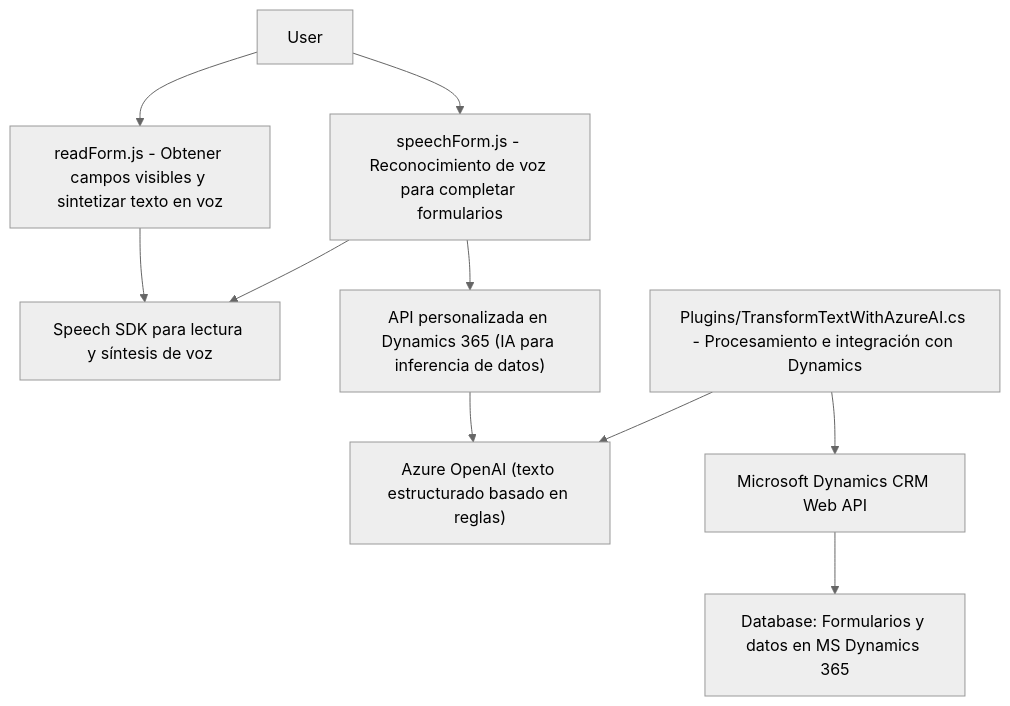
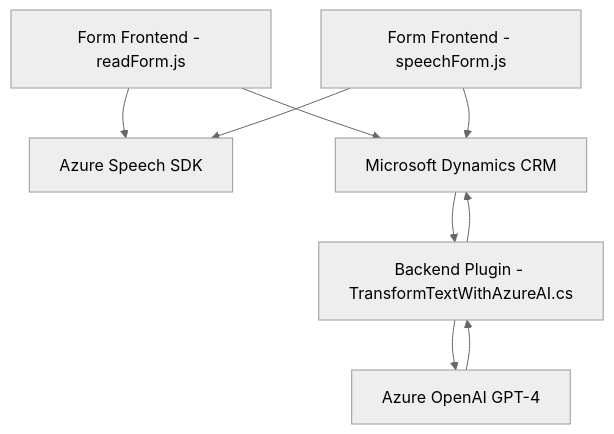
One commit to blopezdm/NETCORE_BILBAO2025 changed the diagram in README.md. Above: the diagram before and after it, drawn with Mermaid (neutral theme). The commit also changed other lines of this file, not shown here.

Commit message:
Actualizar análisis global de la solución con IA

````diff
--- a/README.md
+++ b/README.md
@@ -62,12 +50,18 @@
 ```mermaid
 graph TD
-    A["User"] --> B["readForm.js - Obtener campos visibles y sintetizar texto en voz"]
-    B --> C["Speech SDK para lectura y síntesis de voz"]
-    A --> D["speechForm.js - Reconocimiento de voz para completar formularios"]
-    D --> C
-    D --> E["API personalizada en Dynamics 365 (IA para inferencia de datos)"]
-    E --> F["Azure OpenAI (texto estructurado basado en reglas)"]
-    G["Plugins/TransformTextWithAzureAI.cs - Procesamiento e integración con Dynamics"] --> F
-    G --> H["Microsoft Dynamics CRM Web API"]
-    H --> I["Database: Formularios y datos en MS Dynamics 365"]
+    A["Form Frontend - readForm.js"]
+    B["Form Frontend - speechForm.js"]
+    C["Azure Speech SDK"]
+    D["Backend Plugin - TransformTextWithAzureAI.cs"]
+    E["Microsoft Dynamics CRM"]
+    F["Azure OpenAI GPT-4"]
+    
+    A --> C
+    B --> C
+    A --> E
+    B --> E
+    D --> E
+    E --> D
+    D --> F
+    F --> D
 ```
````
